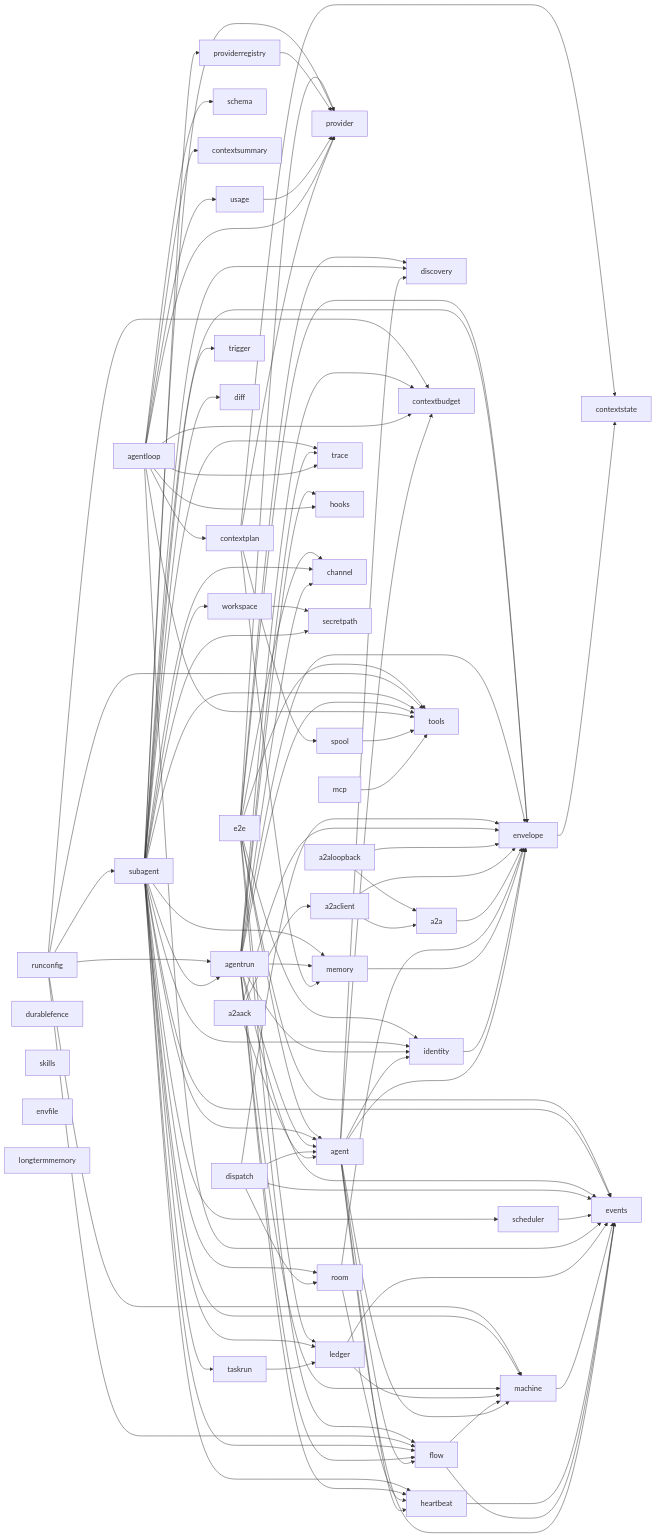
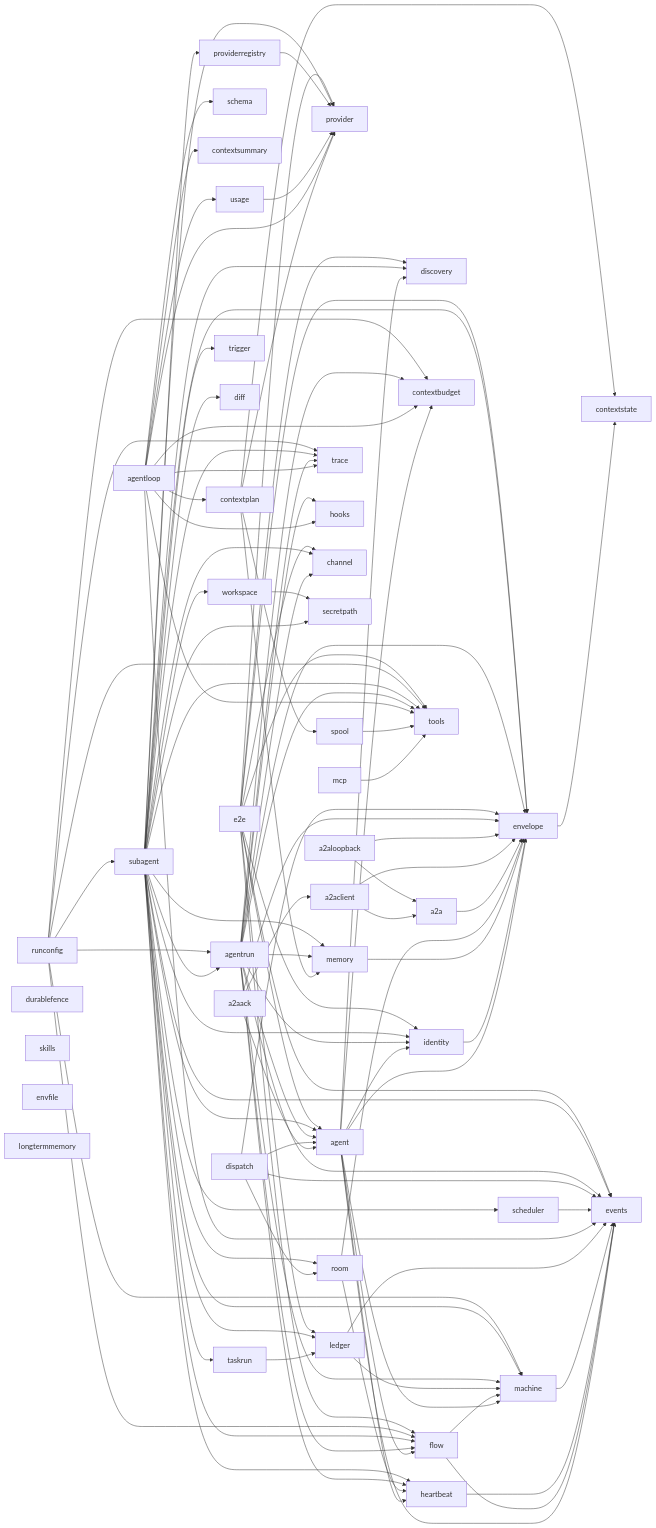
Before and after one commit to MiviaLabs/mivia-ai-sdk: the first of 2 diagrams in docs/architecture.md, drawn with Mermaid. The commit also changed other lines of this file and 4 other files, not shown here.

First line of the commit message:
feat(runconfig): add an options.trace flag wiring a *trace.Tracer

```diff
--- a/docs/architecture.md
+++ b/docs/architecture.md
@@ -129,6 +129,7 @@
     runconfig --> machine
     runconfig --> subagent
     runconfig --> tools
+    runconfig --> trace
     e2e --> agent
     e2e --> channel
     e2e --> discovery
```
